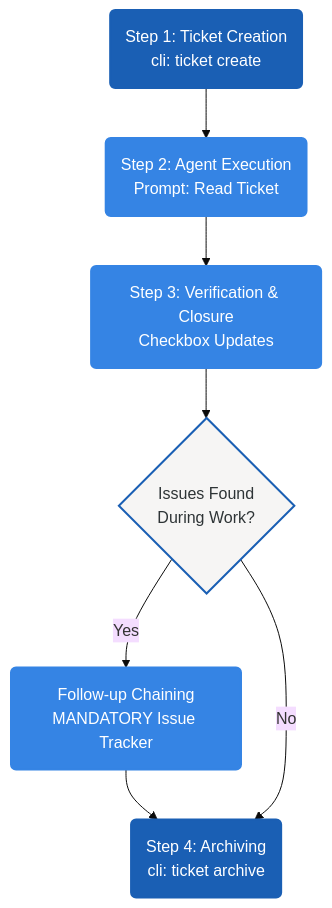
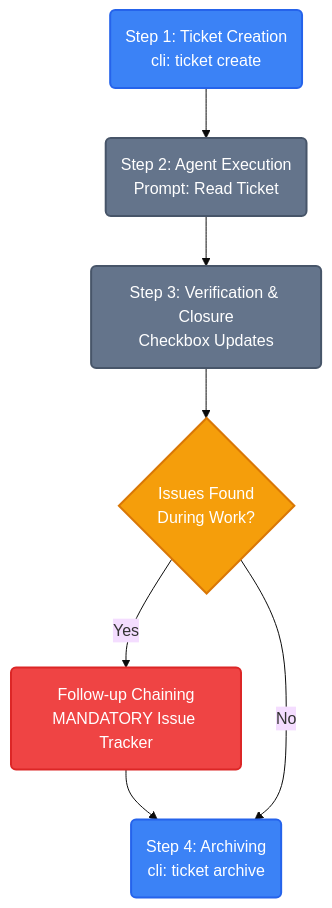
One commit to joygram/DeukAgentRules changed the diagram in README.ko.md. Above: the diagram before and after it, drawn with Mermaid (base theme). The commit also changed 1 other file, not shown here.

Commit message:
docs: redesign mermaid diagrams with a solid tailwind color palette

````diff
--- a/README.ko.md
+++ b/README.ko.md
@@ -86,16 +86,16 @@
 ```mermaid
 graph TD
-    %% Technical Blue (Professional & Trust)
-    classDef base fill:#f6f5f4,stroke:#1a5fb4,stroke-width:2px,color:#2e3436;
-    classDef main fill:#1a5fb4,stroke:#1a5fb4,stroke-width:2px,color:#ffffff;
-    classDef sub fill:#3584e4,stroke:#3584e4,stroke-width:2px,color:#ffffff;
+    classDef action fill:#3b82f6,stroke:#2563eb,stroke-width:2px,color:#ffffff;
+    classDef phase fill:#64748b,stroke:#475569,stroke-width:2px,color:#ffffff;
+    classDef decision fill:#f59e0b,stroke:#d97706,stroke-width:2px,color:#ffffff;
+    classDef highlight fill:#ef4444,stroke:#dc2626,stroke-width:2px,color:#ffffff;
 
-    A(Step 1: Ticket Creation<br>cli: ticket create):::main --> B(Step 2: Agent Execution<br>Prompt: Read Ticket):::sub
-    B --> C(Step 3: Verification & Closure<br>Checkbox Updates):::sub
+    A(Step 1: Ticket Creation<br>cli: ticket create):::action --> B(Step 2: Agent Execution<br>Prompt: Read Ticket):::phase
+    B --> C(Step 3: Verification & Closure<br>Checkbox Updates):::phase
     
-    C --> D{Issues Found<br>During Work?}:::base
+    C --> D{Issues Found<br>During Work?}:::decision
     
-    D -->|Yes| E(Follow-up Chaining<br>MANDATORY Issue Tracker):::sub
-    E --> F(Step 4: Archiving<br>cli: ticket archive):::main
+    D -->|Yes| E(Follow-up Chaining<br>MANDATORY Issue Tracker):::highlight
+    E --> F(Step 4: Archiving<br>cli: ticket archive):::action
     D -->|No| F
 ```
````
